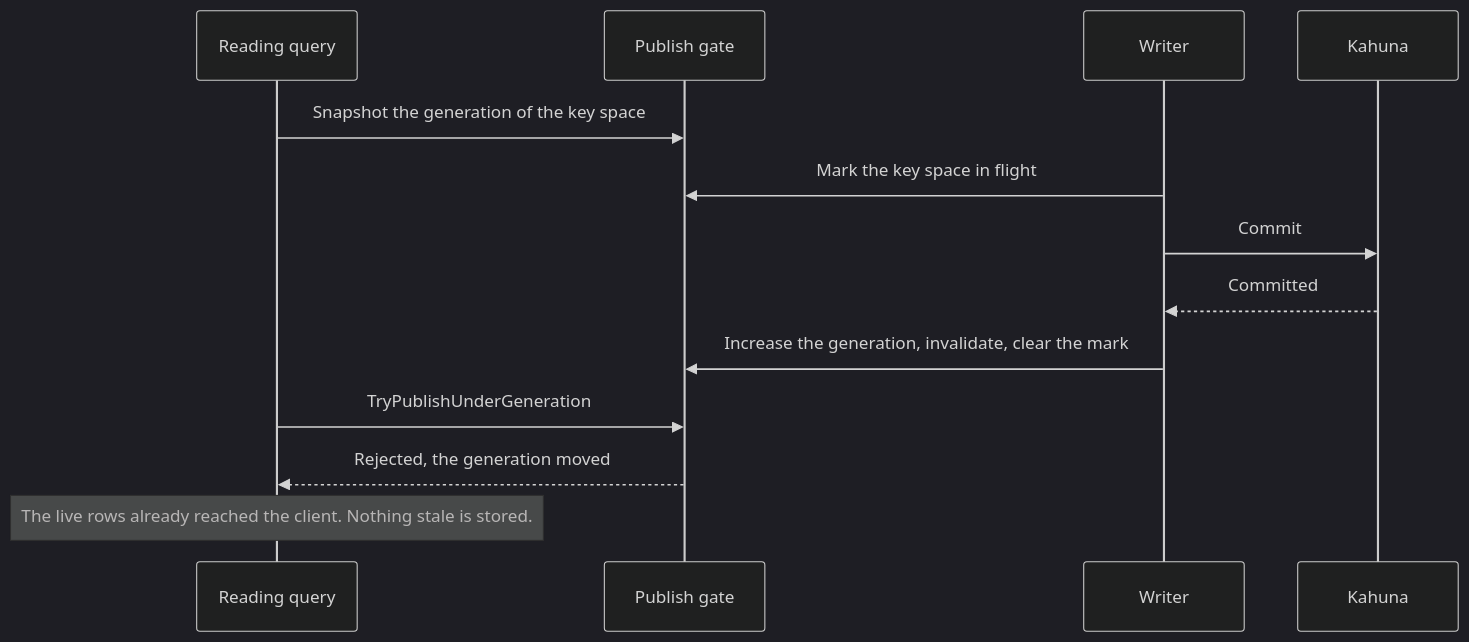
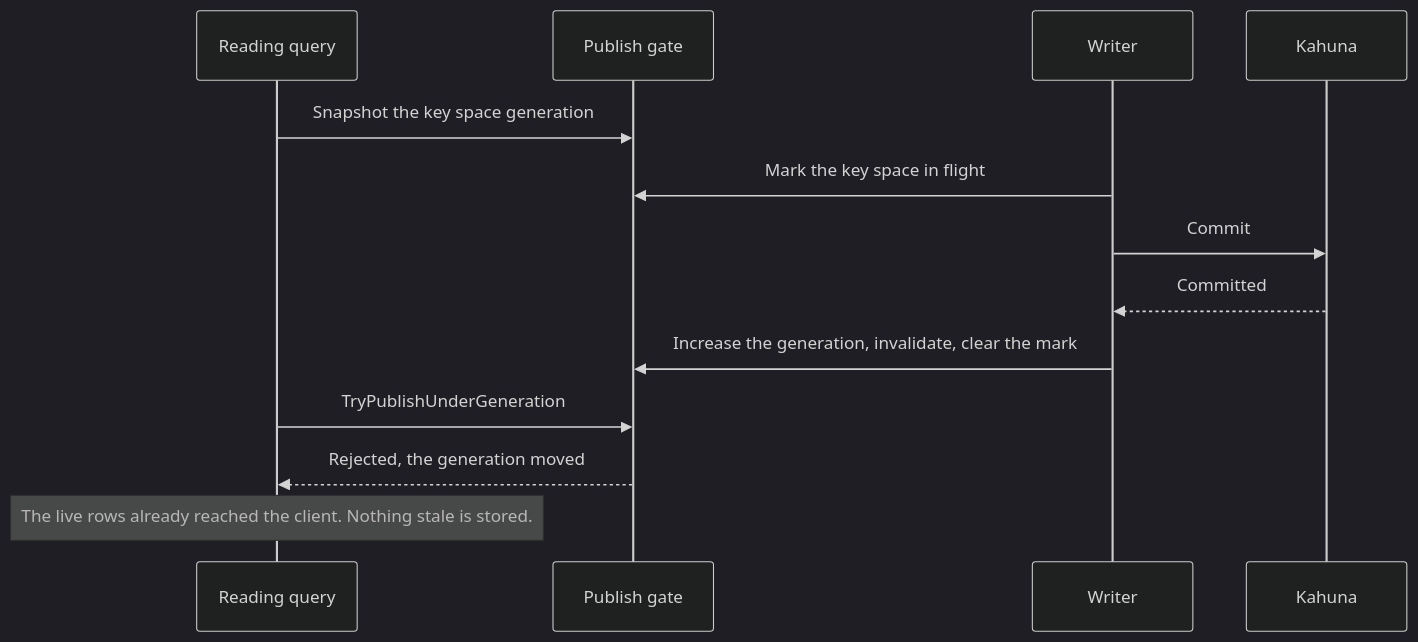
One commit to camusdb/camusdb.github.io changed the second of 2 diagrams in docs/query-result-cache-internals.md. Above: the diagram before and after it, drawn with Mermaid (dark theme). The commit also changed other lines of this file and 174 other files, not shown here.

````diff
--- a/docs/query-result-cache-internals.md
+++ b/docs/query-result-cache-internals.md
@@ -236,15 +223,15 @@
 ```mermaid
 sequenceDiagram
     participant R as Reading query
     participant G as Publish gate
     participant W as Writer
     participant K as Kahuna
-    R->>G: Snapshot the generation of the key space
+    R->>G: Snapshot the key space generation
     W->>G: Mark the key space in flight
     W->>K: Commit
     K-->>W: Committed
     W->>G: Increase the generation, invalidate, clear the mark
     R->>G: TryPublishUnderGeneration
     G-->>R: Rejected, the generation moved
     Note over R: The live rows already reached the client. Nothing stale is stored.
 ```
````
